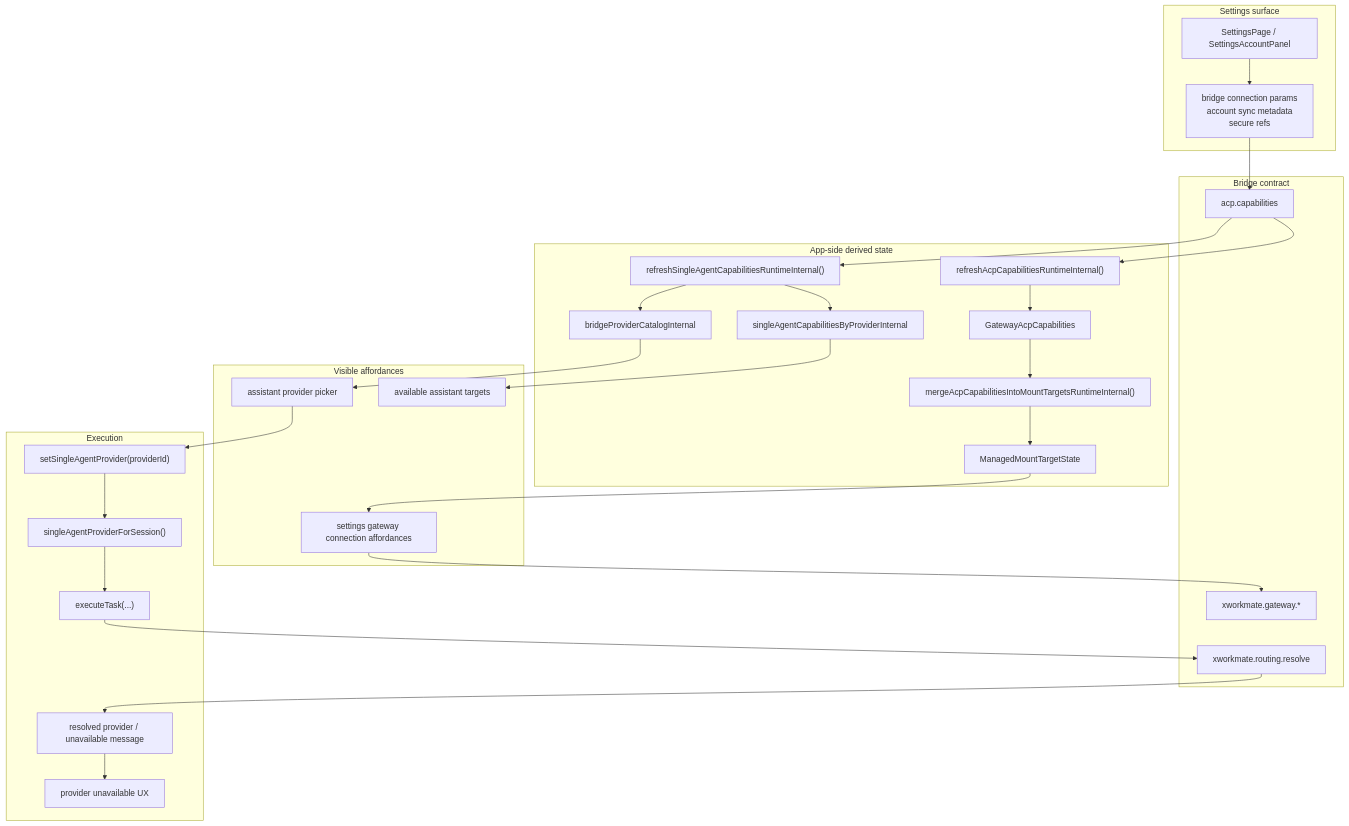
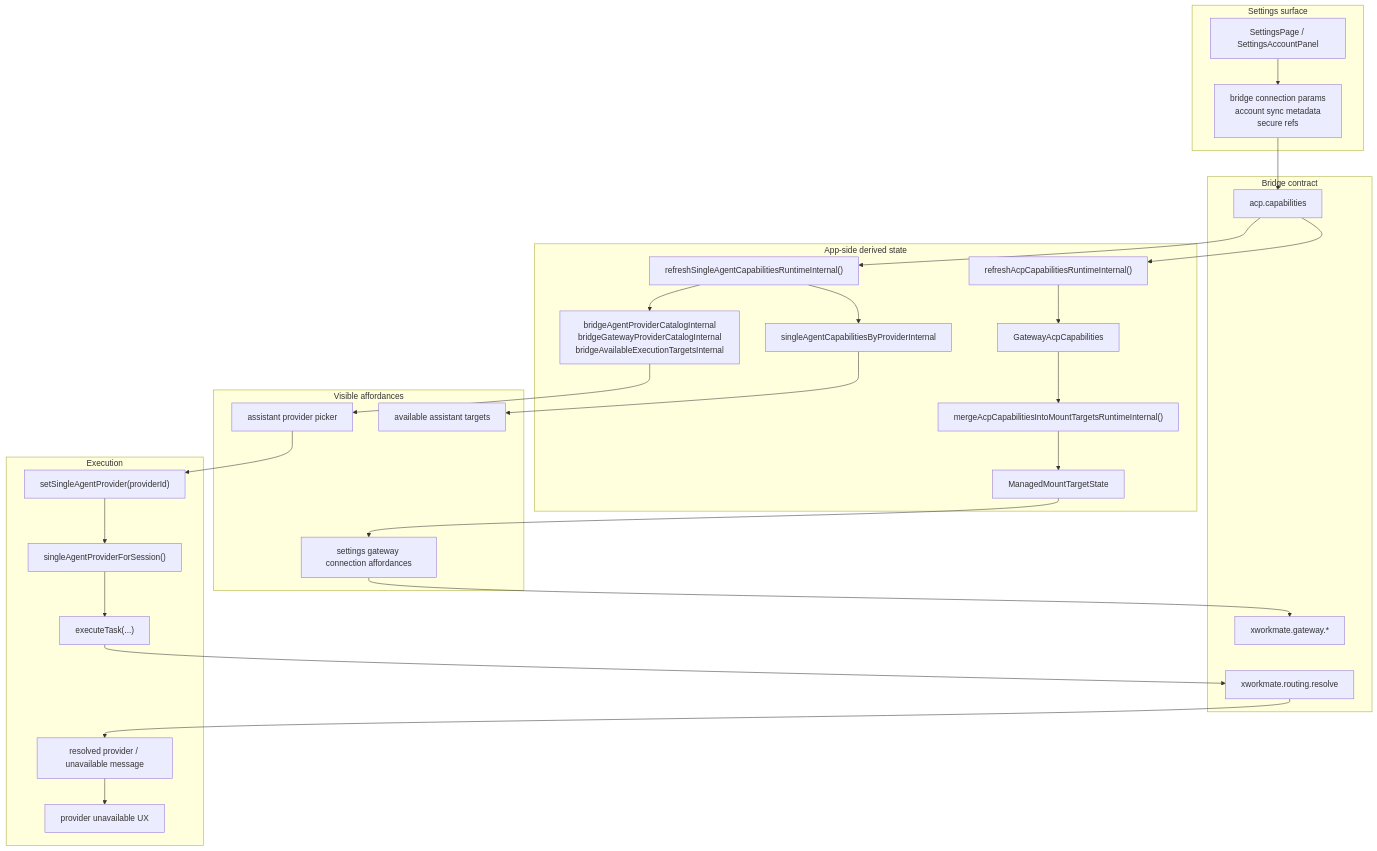
Before and after one commit to ai-workspace-lab/xworkmate-app: the diagram in docs/architecture/settings-integration-configuration-model.md, drawn with Mermaid. The commit also changed other lines of this file and 17 other files, not shown here.

Commit message:
Drive task dialog providers from bridge catalog

````diff
--- a/docs/architecture/settings-integration-configuration-model.md
+++ b/docs/architecture/settings-integration-configuration-model.md
@@ -15,49 +15,49 @@
 ```mermaid
 flowchart TD
   subgraph SETTINGS["Settings surface"]
     A["SettingsPage / SettingsAccountPanel"]
     B["bridge connection params<br/>account sync metadata<br/>secure refs"]
     A --> B
   end
 
   subgraph BRIDGE["Bridge contract"]
     C["acp.capabilities"]
     D["xworkmate.routing.resolve"]
     E["xworkmate.gateway.*"]
     B --> C
   end
 
   subgraph APPSTATE["App-side derived state"]
     F["refreshSingleAgentCapabilitiesRuntimeInternal()"]
-    G["bridgeProviderCatalogInternal"]
+    G["bridgeAgentProviderCatalogInternal<br/>bridgeGatewayProviderCatalogInternal<br/>bridgeAvailableExecutionTargetsInternal"]
     H["singleAgentCapabilitiesByProviderInternal"]
     I["refreshAcpCapabilitiesRuntimeInternal()"]
     J["GatewayAcpCapabilities"]
     K["mergeAcpCapabilitiesIntoMountTargetsRuntimeInternal()"]
     L["ManagedMountTargetState"]
     C --> F --> G
     F --> H
     C --> I --> J --> K --> L
   end
 
   subgraph UI["Visible affordances"]
     M["assistant provider picker"]
     N["available assistant targets"]
     O["settings gateway connection affordances"]
     G --> M
     H --> N
     L --> O
   end
 
   subgraph EXEC["Execution"]
     P["setSingleAgentProvider(providerId)"]
     Q["singleAgentProviderForSession()"]
     R["executeTask(...)"]
     S["resolved provider / unavailable message"]
     T["provider unavailable UX"]
     M --> P --> Q --> R
     R --> D --> S
     S --> T
     O --> E
   end
 ```
````
